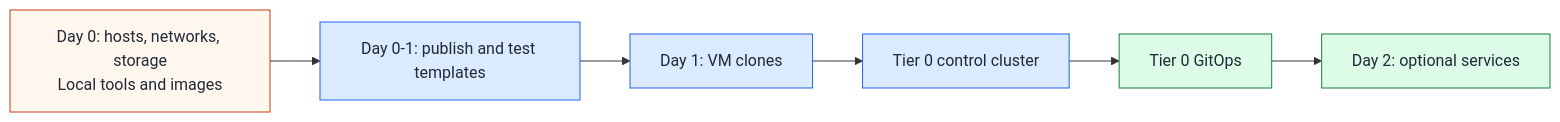
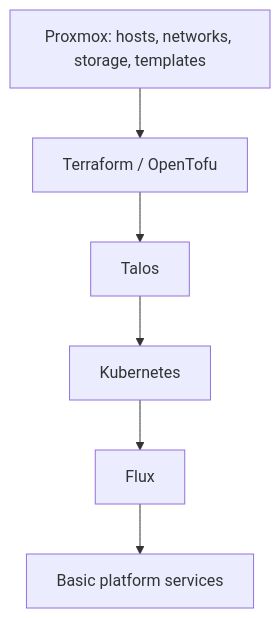
The first of 2 diagrams in docs/paths/tier-0/bootstrap.md (Rexus/homelab), drawn with Mermaid before and after one commit. The commit also changed other lines of this file and 16 other files, not shown here.

````diff
--- a/docs/paths/tier-0/bootstrap.md
+++ b/docs/paths/tier-0/bootstrap.md
@@ -56,17 +63,9 @@
 ```mermaid
-flowchart LR
-  Inputs["Day 0: hosts, networks, storage<br/>Local tools and images"]
-  Inputs --> Templates["Day 0-1: publish and test templates"]
-  Templates --> Guests["Day 1: VM clones"]
-  Guests --> K8s["Tier 0 control cluster"]
-  K8s --> Flux["Tier 0 GitOps"]
-  Flux --> Services["Day 2: optional services"]
-
-  classDef bootstrap fill:#fff7ed,stroke:#c2410c,color:#1f2937
-  classDef platform fill:#dbeafe,stroke:#2563eb,color:#1f2937
-  classDef gitops fill:#dcfce7,stroke:#15803d,color:#1f2937
-
-  class Inputs bootstrap
-  class Templates,Guests,K8s platform
-  class Flux,Services gitops
+flowchart TB
+  Proxmox["Proxmox: hosts, networks, storage, templates"]
+  Proxmox --> IaC["Terraform / OpenTofu"]
+  IaC --> Talos["Talos"]
+  Talos --> Kubernetes["Kubernetes"]
+  Kubernetes --> Flux["Flux"]
+  Flux --> Basic["Basic platform services"]
 ```
````
